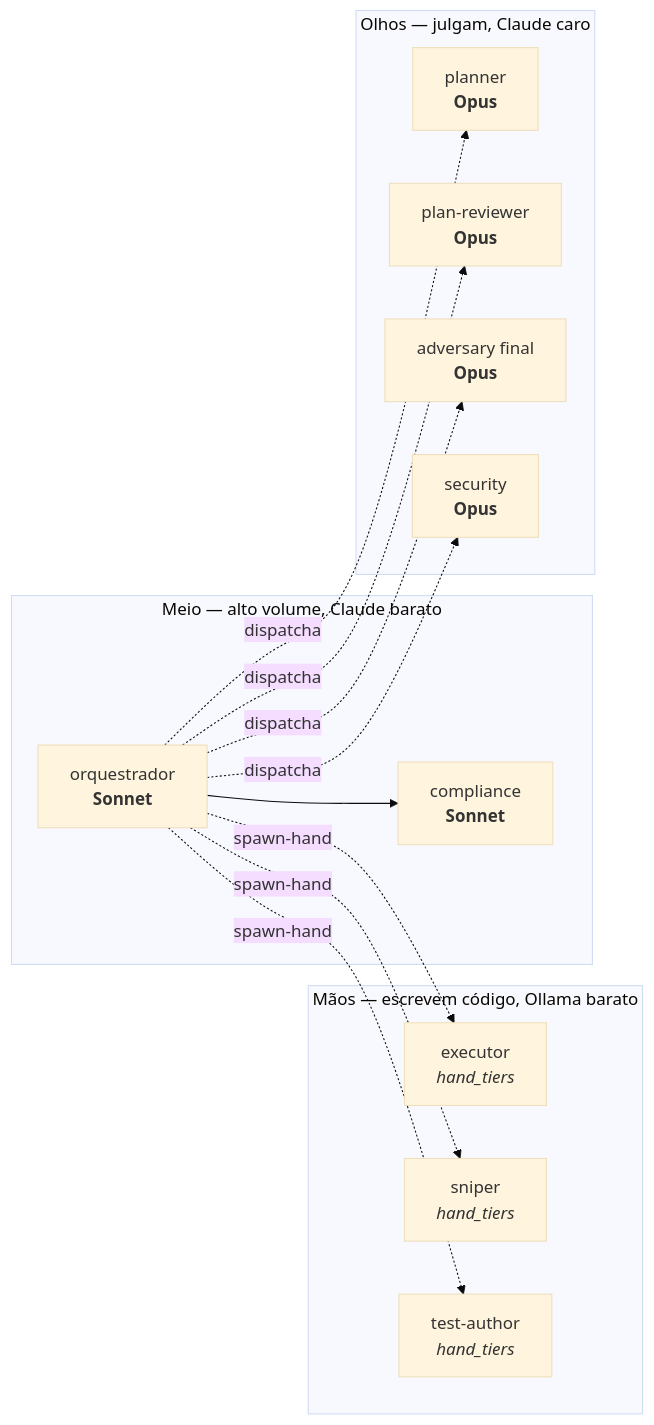
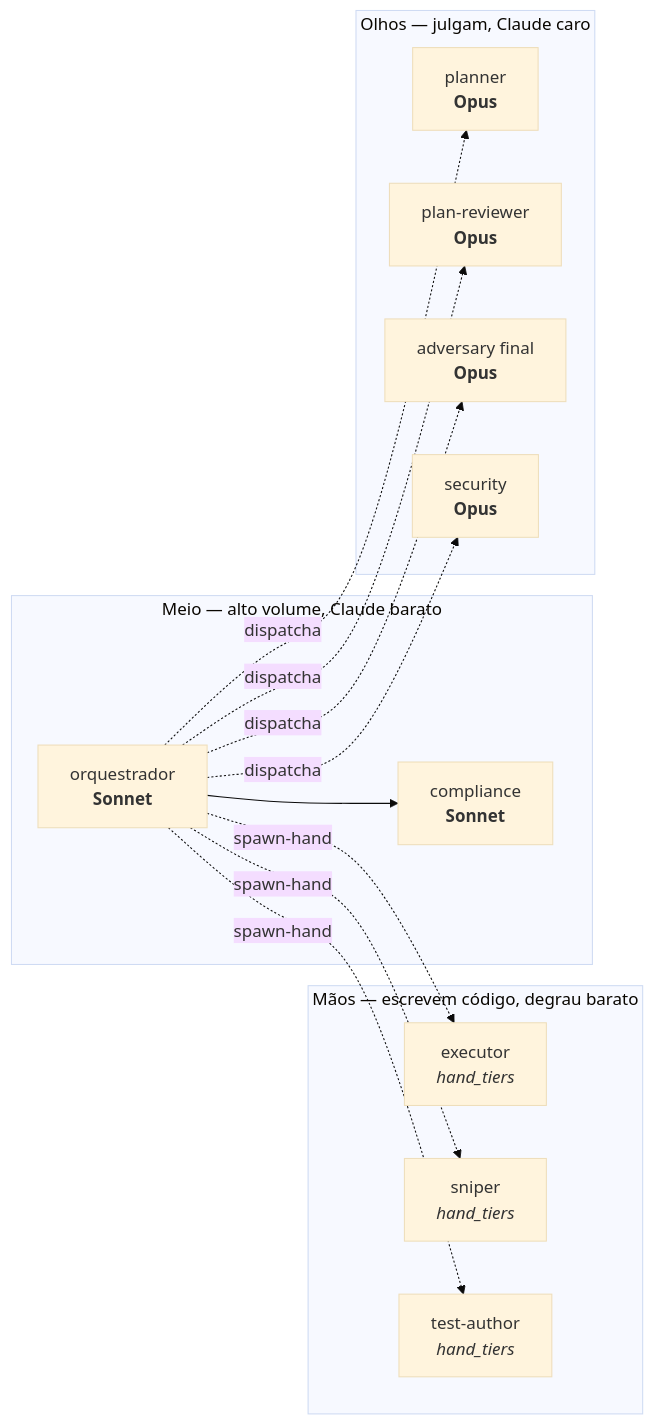
Before and after one commit to orobsonn/claude-harness: the third of 7 diagrams in README.md, drawn with Mermaid (base theme). The commit also changed other lines of this file and 24 other files, not shown here.

First line of the commit message:
feat(hands): toggle de família das mãos — Claude (padrão) ou Ollama

````diff
--- a/README.md
+++ b/README.md
@@ -79,26 +79,26 @@
 ```mermaid
 flowchart LR
-    subgraph MAOS ["Mãos — escrevem código, Ollama barato"]
+    subgraph MAOS ["Mãos — escrevem código, degrau barato"]
         EXE["executor<br/><i>hand_tiers</i>"]
         SNP["sniper<br/><i>hand_tiers</i>"]
         TAU["test-author<br/><i>hand_tiers</i>"]
     end
     subgraph MEIO ["Meio — alto volume, Claude barato"]
         ORC["orquestrador<br/><b>Sonnet</b>"]
         CMP["compliance<br/><b>Sonnet</b>"]
     end
     subgraph OLHOS ["Olhos — julgam, Claude caro"]
         PLA["planner<br/><b>Opus</b>"]
         PRG["plan-reviewer<br/><b>Opus</b>"]
         FAG["adversary final<br/><b>Opus</b>"]
         SEG["security<br/><b>Opus</b>"]
     end
     ORC -.dispatcha.-> PLA
     ORC -.dispatcha.-> PRG
     ORC -.dispatcha.-> FAG
     ORC -.dispatcha.-> SEG
     ORC -.spawn-hand.-> EXE
     ORC -.spawn-hand.-> SNP
     ORC -.spawn-hand.-> TAU
     ORC --> CMP
 ```
````
